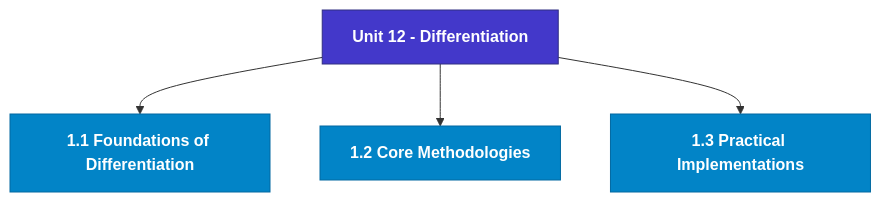
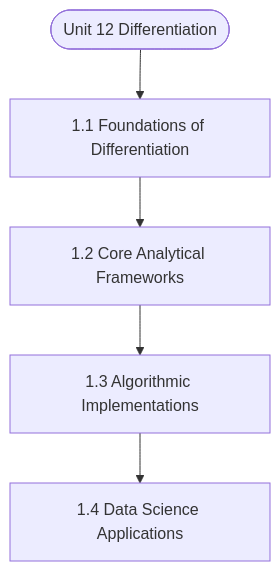
The diagram in notes/Semester_1/MCS-061_Mathematical_Foundations_-_I/unit_12_Differentiation.md (Asutosh-Coaching/mscdsa), drawn with Mermaid before and after one commit. The commit also changed other lines of this file and 115 other files, not shown here.

Commit message:
Fix Mermaid layout for mobile, isolate LaTeX delimiters, and add GitHub Pages reader

````diff
--- a/notes/Semester_1/MCS-061_Mathematical_Foundations_-_I/unit_12_Differentiation.md
+++ b/notes/Semester_1/MCS-061_Mathematical_Foundations_-_I/unit_12_Differentiation.md
@@ -19,15 +19,12 @@
 ```mermaid
 flowchart TD
-  %% Styling Definitions
-  classDef head fill:#4338ca,stroke:#312e81,color:#ffffff,font-weight:bold;
-  classDef topic fill:#0284c7,stroke:#0369a1,color:#ffffff,font-weight:600;
-  classDef sub fill:#1e293b,stroke:#475569,color:#f8fafc;
-
-  Root["Unit 12 - Differentiation"]:::head
-  M1["1.1 Foundations of Differentiation"]:::topic
-  Root --> M1
-  M2["1.2 Core Methodologies"]:::topic
-  Root --> M2
-  M3["1.3 Practical Implementations"]:::topic
-  Root --> M3
+  Start(["Unit 12 Differentiation"])
+  N1["1.1 Foundations of Differentiation"]
+  N2["1.2 Core Analytical Frameworks"]
+  N3["1.3 Algorithmic Implementations"]
+  N4["1.4 Data Science Applications"]
+  Start --> N1
+  N1 --> N2
+  N2 --> N3
+  N3 --> N4
 ```
````
